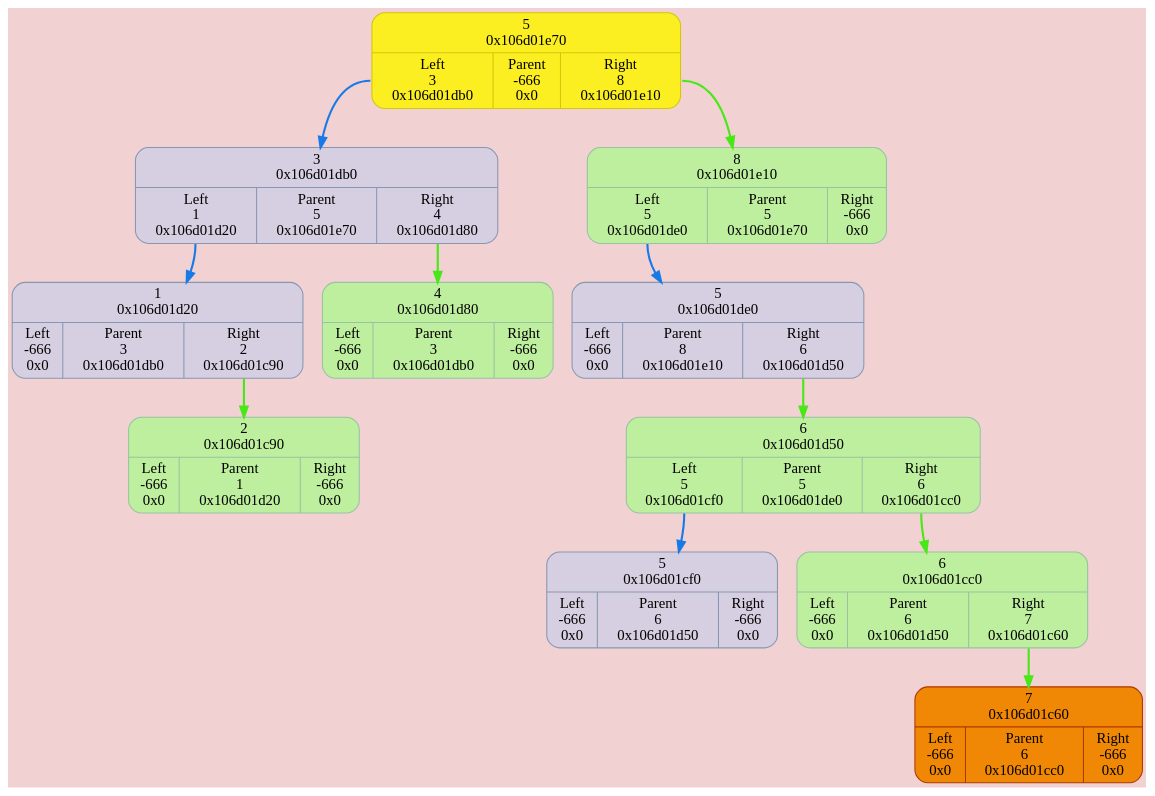
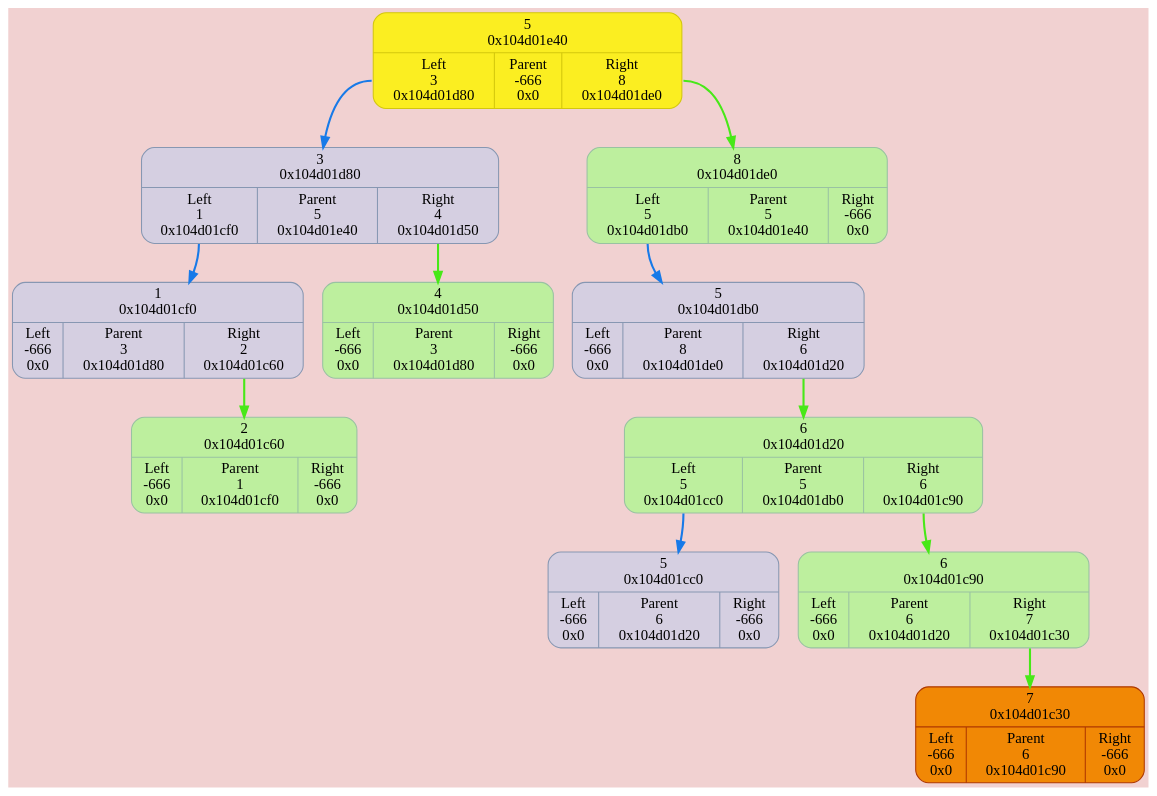
One commit to TolikRogov/BinaryTree changed the diagram in dump/graph.dot. Above: the diagram before and after it, drawn with Graphviz. The commit also changed 13 other files, not shown here.

```diff
--- a/dump/graph.dot
+++ b/dump/graph.dot
@@ -1,33 +1,33 @@
 digraph {
 	fontname = "UbuntuMono";
 	bgcolor = "#F1D1D1";
 
-	node0x106d01e70 [ shape = Mrecord; style = filled; fillcolor = "#FBEE21"; color = "#D3C70D"; fontcolor = "#000000";label = " { 5\n0x106d01e70 | { <left> Left\n3\n0x106d01db0 | Parent\n-666\n0x0 | <right> Right\n8\n0x106d01e10 } } ";  ];
-	node0x106d01e70:<left> -> node0x106d01db0 [ style = "bold"; color = "#187AE8" ];
-	node0x106d01db0 [ shape = Mrecord; style = filled; fillcolor = "#D5CFE1"; color = "#8797b2"; fontcolor = "#000000";label = " { 3\n0x106d01db0 | { <left> Left\n1\n0x106d01d20 | Parent\n5\n0x106d01e70 | <right> Right\n4\n0x106d01d80 } } ";  ];
-	node0x106d01db0:<left> -> node0x106d01d20 [ style = "bold"; color = "#187AE8" ];
-	node0x106d01d20 [ shape = Mrecord; style = filled; fillcolor = "#D5CFE1"; color = "#8797b2"; fontcolor = "#000000";label = " { 1\n0x106d01d20 | { <left> Left\n-666\n0x0 | Parent\n3\n0x106d01db0 | <right> Right\n2\n0x106d01c90 } } ";  ];
-	node0x106d01d20:<right> -> node0x106d01c90 [ style = "bold"; color = "#48E818" ];
-	node0x106d01c90 [ shape = Mrecord; style = filled; fillcolor = "#D5CFE1"; color = "#8797b2"; fontcolor = "#000000";label = " { 2\n0x106d01c90 | { <left> Left\n-666\n0x0 | Parent\n1\n0x106d01d20 | <right> Right\n-666\n0x0 } } ";  ];
-	node0x106d01c90 [ shape = Mrecord; style = filled; fillcolor = "#BDEF9E"; color = "#99c2a2"; fontcolor = "#000000";label = " { 2\n0x106d01c90 | { <left> Left\n-666\n0x0 | Parent\n1\n0x106d01d20 | <right> Right\n-666\n0x0 } } ";  ];
-	node0x106d01db0:<right> -> node0x106d01d80 [ style = "bold"; color = "#48E818" ];
-	node0x106d01d80 [ shape = Mrecord; style = filled; fillcolor = "#D5CFE1"; color = "#8797b2"; fontcolor = "#000000";label = " { 4\n0x106d01d80 | { <left> Left\n-666\n0x0 | Parent\n3\n0x106d01db0 | <right> Right\n-666\n0x0 } } ";  ];
-	node0x106d01d80 [ shape = Mrecord; style = filled; fillcolor = "#BDEF9E"; color = "#99c2a2"; fontcolor = "#000000";label = " { 4\n0x106d01d80 | { <left> Left\n-666\n0x0 | Parent\n3\n0x106d01db0 | <right> Right\n-666\n0x0 } } ";  ];
-	node0x106d01e70:<right> -> node0x106d01e10 [ style = "bold"; color = "#48E818" ];
-	node0x106d01e10 [ shape = Mrecord; style = filled; fillcolor = "#D5CFE1"; color = "#8797b2"; fontcolor = "#000000";label = " { 8\n0x106d01e10 | { <left> Left\n5\n0x106d01de0 | Parent\n5\n0x106d01e70 | <right> Right\n-666\n0x0 } } ";  ];
-	node0x106d01e10:<left> -> node0x106d01de0 [ style = "bold"; color = "#187AE8" ];
-	node0x106d01de0 [ shape = Mrecord; style = filled; fillcolor = "#D5CFE1"; color = "#8797b2"; fontcolor = "#000000";label = " { 5\n0x106d01de0 | { <left> Left\n-666\n0x0 | Parent\n8\n0x106d01e10 | <right> Right\n6\n0x106d01d50 } } ";  ];
-	node0x106d01de0:<right> -> node0x106d01d50 [ style = "bold"; color = "#48E818" ];
-	node0x106d01d50 [ shape = Mrecord; style = filled; fillcolor = "#D5CFE1"; color = "#8797b2"; fontcolor = "#000000";label = " { 6\n0x106d01d50 | { <left> Left\n5\n0x106d01cf0 | Parent\n5\n0x106d01de0 | <right> Right\n6\n0x106d01cc0 } } ";  ];
-	node0x106d01d50:<left> -> node0x106d01cf0 [ style = "bold"; color = "#187AE8" ];
-	node0x106d01cf0 [ shape = Mrecord; style = filled; fillcolor = "#D5CFE1"; color = "#8797b2"; fontcolor = "#000000";label = " { 5\n0x106d01cf0 | { <left> Left\n-666\n0x0 | Parent\n6\n0x106d01d50 | <right> Right\n-666\n0x0 } } ";  ];
-	node0x106d01d50:<right> -> node0x106d01cc0 [ style = "bold"; color = "#48E818" ];
-	node0x106d01cc0 [ shape = Mrecord; style = filled; fillcolor = "#D5CFE1"; color = "#8797b2"; fontcolor = "#000000";label = " { 6\n0x106d01cc0 | { <left> Left\n-666\n0x0 | Parent\n6\n0x106d01d50 | <right> Right\n7\n0x106d01c60 } } ";  ];
-	node0x106d01cc0:<right> -> node0x106d01c60 [ style = "bold"; color = "#48E818" ];
-	node0x106d01c60 [ shape = Mrecord; style = filled; fillcolor = "#D5CFE1"; color = "#8797b2"; fontcolor = "#000000";label = " { 7\n0x106d01c60 | { <left> Left\n-666\n0x0 | Parent\n6\n0x106d01cc0 | <right> Right\n-666\n0x0 } } ";  ];
-	node0x106d01c60 [ shape = Mrecord; style = filled; fillcolor = "#BDEF9E"; color = "#99c2a2"; fontcolor = "#000000";label = " { 7\n0x106d01c60 | { <left> Left\n-666\n0x0 | Parent\n6\n0x106d01cc0 | <right> Right\n-666\n0x0 } } ";  ];
-	node0x106d01c60 [ shape = Mrecord; style = filled; fillcolor = "#F18805"; color = "#AF3800"; fontcolor = "#000000";label = " { 7\n0x106d01c60 | { <left> Left\n-666\n0x0 | Parent\n6\n0x106d01cc0 | <right> Right\n-666\n0x0 } } ";  ];
-	node0x106d01cc0 [ shape = Mrecord; style = filled; fillcolor = "#BDEF9E"; color = "#99c2a2"; fontcolor = "#000000";label = " { 6\n0x106d01cc0 | { <left> Left\n-666\n0x0 | Parent\n6\n0x106d01d50 | <right> Right\n7\n0x106d01c60 } } ";  ];
-	node0x106d01d50 [ shape = Mrecord; style = filled; fillcolor = "#BDEF9E"; color = "#99c2a2"; fontcolor = "#000000";label = " { 6\n0x106d01d50 | { <left> Left\n5\n0x106d01cf0 | Parent\n5\n0x106d01de0 | <right> Right\n6\n0x106d01cc0 } } ";  ];
-	node0x106d01e10 [ shape = Mrecord; style = filled; fillcolor = "#BDEF9E"; color = "#99c2a2"; fontcolor = "#000000";label = " { 8\n0x106d01e10 | { <left> Left\n5\n0x106d01de0 | Parent\n5\n0x106d01e70 | <right> Right\n-666\n0x0 } } ";  ];
+	node0x104d01e40 [ shape = Mrecord; style = filled; fillcolor = "#FBEE21"; color = "#D3C70D"; fontcolor = "#000000";label = " { 5\n0x104d01e40 | { <left> Left\n3\n0x104d01d80 | Parent\n-666\n0x0 | <right> Right\n8\n0x104d01de0 } } ";  ];
+	node0x104d01e40:<left> -> node0x104d01d80 [ style = "bold"; color = "#187AE8" ];
+	node0x104d01d80 [ shape = Mrecord; style = filled; fillcolor = "#D5CFE1"; color = "#8797b2"; fontcolor = "#000000";label = " { 3\n0x104d01d80 | { <left> Left\n1\n0x104d01cf0 | Parent\n5\n0x104d01e40 | <right> Right\n4\n0x104d01d50 } } ";  ];
+	node0x104d01d80:<left> -> node0x104d01cf0 [ style = "bold"; color = "#187AE8" ];
+	node0x104d01cf0 [ shape = Mrecord; style = filled; fillcolor = "#D5CFE1"; color = "#8797b2"; fontcolor = "#000000";label = " { 1\n0x104d01cf0 | { <left> Left\n-666\n0x0 | Parent\n3\n0x104d01d80 | <right> Right\n2\n0x104d01c60 } } ";  ];
+	node0x104d01cf0:<right> -> node0x104d01c60 [ style = "bold"; color = "#48E818" ];
+	node0x104d01c60 [ shape = Mrecord; style = filled; fillcolor = "#D5CFE1"; color = "#8797b2"; fontcolor = "#000000";label = " { 2\n0x104d01c60 | { <left> Left\n-666\n0x0 | Parent\n1\n0x104d01cf0 | <right> Right\n-666\n0x0 } } ";  ];
+	node0x104d01c60 [ shape = Mrecord; style = filled; fillcolor = "#BDEF9E"; color = "#99c2a2"; fontcolor = "#000000";label = " { 2\n0x104d01c60 | { <left> Left\n-666\n0x0 | Parent\n1\n0x104d01cf0 | <right> Right\n-666\n0x0 } } ";  ];
+	node0x104d01d80:<right> -> node0x104d01d50 [ style = "bold"; color = "#48E818" ];
+	node0x104d01d50 [ shape = Mrecord; style = filled; fillcolor = "#D5CFE1"; color = "#8797b2"; fontcolor = "#000000";label = " { 4\n0x104d01d50 | { <left> Left\n-666\n0x0 | Parent\n3\n0x104d01d80 | <right> Right\n-666\n0x0 } } ";  ];
+	node0x104d01d50 [ shape = Mrecord; style = filled; fillcolor = "#BDEF9E"; color = "#99c2a2"; fontcolor = "#000000";label = " { 4\n0x104d01d50 | { <left> Left\n-666\n0x0 | Parent\n3\n0x104d01d80 | <right> Right\n-666\n0x0 } } ";  ];
+	node0x104d01e40:<right> -> node0x104d01de0 [ style = "bold"; color = "#48E818" ];
+	node0x104d01de0 [ shape = Mrecord; style = filled; fillcolor = "#D5CFE1"; color = "#8797b2"; fontcolor = "#000000";label = " { 8\n0x104d01de0 | { <left> Left\n5\n0x104d01db0 | Parent\n5\n0x104d01e40 | <right> Right\n-666\n0x0 } } ";  ];
+	node0x104d01de0:<left> -> node0x104d01db0 [ style = "bold"; color = "#187AE8" ];
+	node0x104d01db0 [ shape = Mrecord; style = filled; fillcolor = "#D5CFE1"; color = "#8797b2"; fontcolor = "#000000";label = " { 5\n0x104d01db0 | { <left> Left\n-666\n0x0 | Parent\n8\n0x104d01de0 | <right> Right\n6\n0x104d01d20 } } ";  ];
+	node0x104d01db0:<right> -> node0x104d01d20 [ style = "bold"; color = "#48E818" ];
+	node0x104d01d20 [ shape = Mrecord; style = filled; fillcolor = "#D5CFE1"; color = "#8797b2"; fontcolor = "#000000";label = " { 6\n0x104d01d20 | { <left> Left\n5\n0x104d01cc0 | Parent\n5\n0x104d01db0 | <right> Right\n6\n0x104d01c90 } } ";  ];
+	node0x104d01d20:<left> -> node0x104d01cc0 [ style = "bold"; color = "#187AE8" ];
+	node0x104d01cc0 [ shape = Mrecord; style = filled; fillcolor = "#D5CFE1"; color = "#8797b2"; fontcolor = "#000000";label = " { 5\n0x104d01cc0 | { <left> Left\n-666\n0x0 | Parent\n6\n0x104d01d20 | <right> Right\n-666\n0x0 } } ";  ];
+	node0x104d01d20:<right> -> node0x104d01c90 [ style = "bold"; color = "#48E818" ];
+	node0x104d01c90 [ shape = Mrecord; style = filled; fillcolor = "#D5CFE1"; color = "#8797b2"; fontcolor = "#000000";label = " { 6\n0x104d01c90 | { <left> Left\n-666\n0x0 | Parent\n6\n0x104d01d20 | <right> Right\n7\n0x104d01c30 } } ";  ];
+	node0x104d01c90:<right> -> node0x104d01c30 [ style = "bold"; color = "#48E818" ];
+	node0x104d01c30 [ shape = Mrecord; style = filled; fillcolor = "#D5CFE1"; color = "#8797b2"; fontcolor = "#000000";label = " { 7\n0x104d01c30 | { <left> Left\n-666\n0x0 | Parent\n6\n0x104d01c90 | <right> Right\n-666\n0x0 } } ";  ];
+	node0x104d01c30 [ shape = Mrecord; style = filled; fillcolor = "#BDEF9E"; color = "#99c2a2"; fontcolor = "#000000";label = " { 7\n0x104d01c30 | { <left> Left\n-666\n0x0 | Parent\n6\n0x104d01c90 | <right> Right\n-666\n0x0 } } ";  ];
+	node0x104d01c30 [ shape = Mrecord; style = filled; fillcolor = "#F18805"; color = "#AF3800"; fontcolor = "#000000";label = " { 7\n0x104d01c30 | { <left> Left\n-666\n0x0 | Parent\n6\n0x104d01c90 | <right> Right\n-666\n0x0 } } ";  ];
+	node0x104d01c90 [ shape = Mrecord; style = filled; fillcolor = "#BDEF9E"; color = "#99c2a2"; fontcolor = "#000000";label = " { 6\n0x104d01c90 | { <left> Left\n-666\n0x0 | Parent\n6\n0x104d01d20 | <right> Right\n7\n0x104d01c30 } } ";  ];
+	node0x104d01d20 [ shape = Mrecord; style = filled; fillcolor = "#BDEF9E"; color = "#99c2a2"; fontcolor = "#000000";label = " { 6\n0x104d01d20 | { <left> Left\n5\n0x104d01cc0 | Parent\n5\n0x104d01db0 | <right> Right\n6\n0x104d01c90 } } ";  ];
+	node0x104d01de0 [ shape = Mrecord; style = filled; fillcolor = "#BDEF9E"; color = "#99c2a2"; fontcolor = "#000000";label = " { 8\n0x104d01de0 | { <left> Left\n5\n0x104d01db0 | Parent\n5\n0x104d01e40 | <right> Right\n-666\n0x0 } } ";  ];
 }
```
